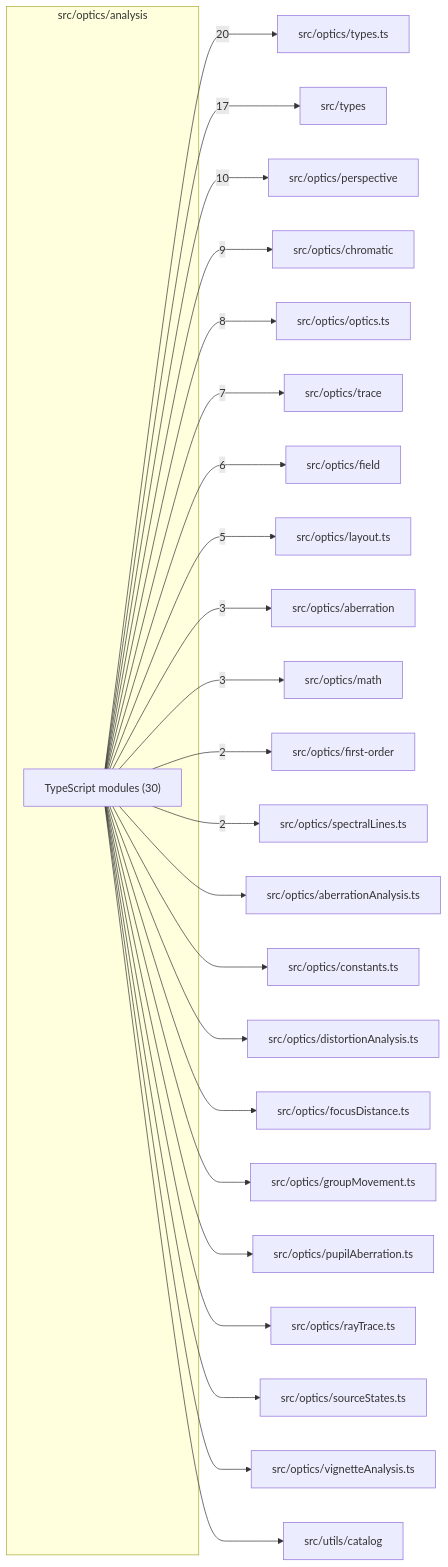
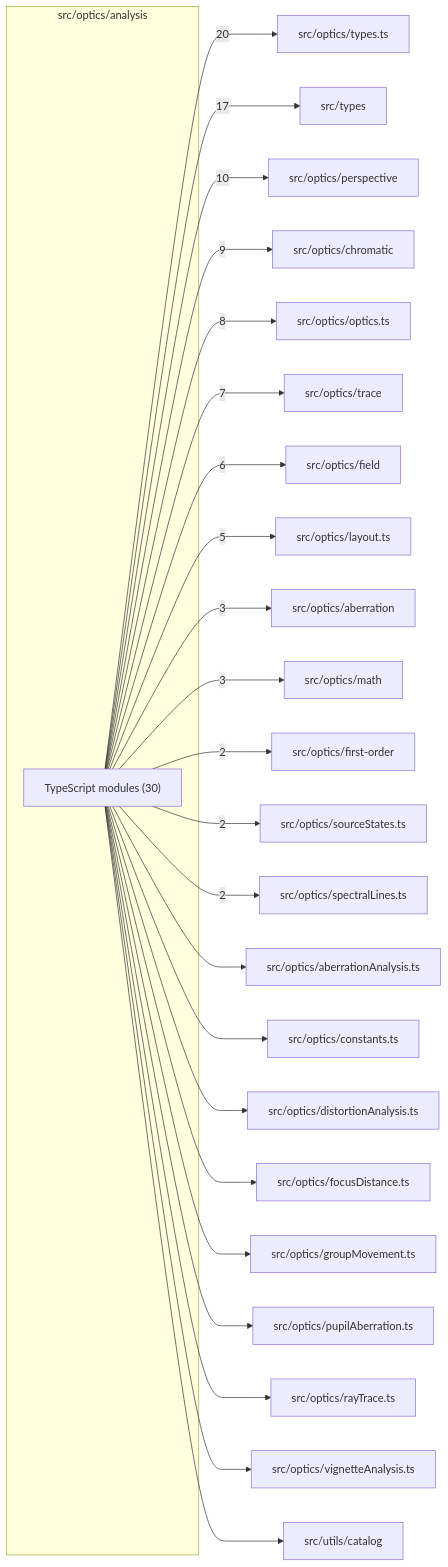
The diagram in src/optics/analysis/readme.md (ronbuening/LensVisualizer), drawn with Mermaid before and after one commit. The commit also changed other lines of this file and 5 other files, not shown here.

````diff
--- a/src/optics/analysis/readme.md
+++ b/src/optics/analysis/readme.md
@@ -9,50 +9,50 @@
 ```mermaid
 flowchart LR
   subgraph n_src_optics_analysis["src/optics/analysis"]
     n_src_optics_analysis_TypeScript_modules["TypeScript modules (30)"]
   end
   n_external_src_optics_types_ts["src/optics/types.ts"]
   n_external_src_types["src/types"]
   n_external_src_optics_perspective["src/optics/perspective"]
   n_external_src_optics_chromatic["src/optics/chromatic"]
   n_external_src_optics_optics_ts["src/optics/optics.ts"]
   n_external_src_optics_trace["src/optics/trace"]
   n_external_src_optics_field["src/optics/field"]
   n_external_src_optics_layout_ts["src/optics/layout.ts"]
   n_external_src_optics_aberration["src/optics/aberration"]
   n_external_src_optics_math["src/optics/math"]
   n_external_src_optics_first_order["src/optics/first-order"]
+  n_external_src_optics_sourceStates_ts["src/optics/sourceStates.ts"]
   n_external_src_optics_spectralLines_ts["src/optics/spectralLines.ts"]
   n_external_src_optics_aberrationAnalysis_ts["src/optics/aberrationAnalysis.ts"]
   n_external_src_optics_constants_ts["src/optics/constants.ts"]
   n_external_src_optics_distortionAnalysis_ts["src/optics/distortionAnalysis.ts"]
   n_external_src_optics_focusDistance_ts["src/optics/focusDistance.ts"]
   n_external_src_optics_groupMovement_ts["src/optics/groupMovement.ts"]
   n_external_src_optics_pupilAberration_ts["src/optics/pupilAberration.ts"]
   n_external_src_optics_rayTrace_ts["src/optics/rayTrace.ts"]
-  n_external_src_optics_sourceStates_ts["src/optics/sourceStates.ts"]
   n_external_src_optics_vignetteAnalysis_ts["src/optics/vignetteAnalysis.ts"]
   n_external_src_utils_catalog["src/utils/catalog"]
   n_src_optics_analysis_TypeScript_modules --> |20| n_external_src_optics_types_ts
   n_src_optics_analysis_TypeScript_modules --> |17| n_external_src_types
   n_src_optics_analysis_TypeScript_modules --> |10| n_external_src_optics_perspective
   n_src_optics_analysis_TypeScript_modules --> |9| n_external_src_optics_chromatic
   n_src_optics_analysis_TypeScript_modules --> |8| n_external_src_optics_optics_ts
   n_src_optics_analysis_TypeScript_modules --> |7| n_external_src_optics_trace
   n_src_optics_analysis_TypeScript_modules --> |6| n_external_src_optics_field
   n_src_optics_analysis_TypeScript_modules --> |5| n_external_src_optics_layout_ts
   n_src_optics_analysis_TypeScript_modules --> |3| n_external_src_optics_aberration
   n_src_optics_analysis_TypeScript_modules --> |3| n_external_src_optics_math
   n_src_optics_analysis_TypeScript_modules --> |2| n_external_src_optics_first_order
+  n_src_optics_analysis_TypeScript_modules --> |2| n_external_src_optics_sourceStates_ts
   n_src_optics_analysis_TypeScript_modules --> |2| n_external_src_optics_spectralLines_ts
   n_src_optics_analysis_TypeScript_modules --> n_external_src_optics_aberrationAnalysis_ts
   n_src_optics_analysis_TypeScript_modules --> n_external_src_optics_constants_ts
   n_src_optics_analysis_TypeScript_modules --> n_external_src_optics_distortionAnalysis_ts
   n_src_optics_analysis_TypeScript_modules --> n_external_src_optics_focusDistance_ts
   n_src_optics_analysis_TypeScript_modules --> n_external_src_optics_groupMovement_ts
   n_src_optics_analysis_TypeScript_modules --> n_external_src_optics_pupilAberration_ts
   n_src_optics_analysis_TypeScript_modules --> n_external_src_optics_rayTrace_ts
-  n_src_optics_analysis_TypeScript_modules --> n_external_src_optics_sourceStates_ts
   n_src_optics_analysis_TypeScript_modules --> n_external_src_optics_vignetteAnalysis_ts
   n_src_optics_analysis_TypeScript_modules --> n_external_src_utils_catalog
 ```
````
